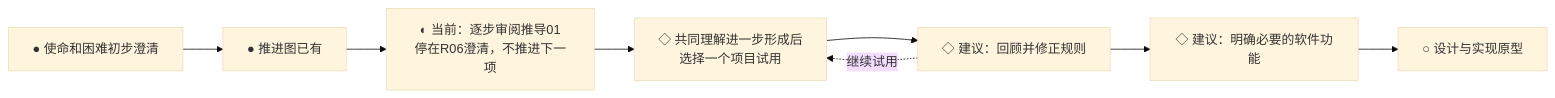
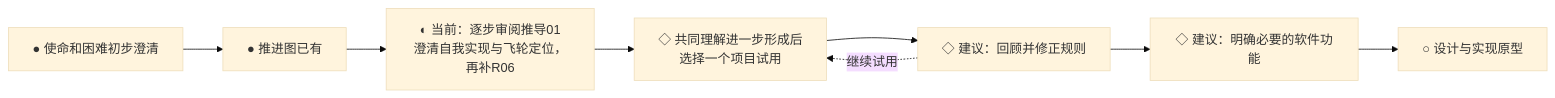
One commit to fangjiaqi2023-jpg/life-flywheel changed the second of 2 diagrams in 项目/人生飞轮/项目推进图.md. Above: the diagram before and after it, drawn with Mermaid (base theme). The commit also changed other lines of this file, not shown here.

````diff
--- a/项目/人生飞轮/项目推进图.md
+++ b/项目/人生飞轮/项目推进图.md
@@ -38,10 +38,10 @@
 ```mermaid
 flowchart LR
     P0[● 使命和困难初步澄清] --> P1[● 推进图已有]
-    P1 --> P2[◐ 当前：逐步审阅推导01<br/>停在R06澄清，不推进下一项]
+    P1 --> P2[◐ 当前：逐步审阅推导01<br/>澄清自我实现与飞轮定位，再补R06]
     P2 --> P3[◇ 共同理解进一步形成后<br/>选择一个项目试用]
     P3 --> P4[◇ 建议：回顾并修正规则]
     P4 --> P5[◇ 建议：明确必要的软件功能]
     P5 --> P6[○ 设计与实现原型]
     P4 -.继续试用.-> P3
 ```
````
